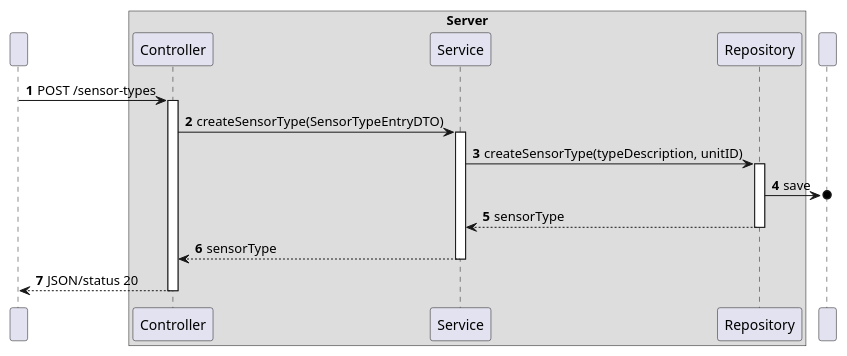
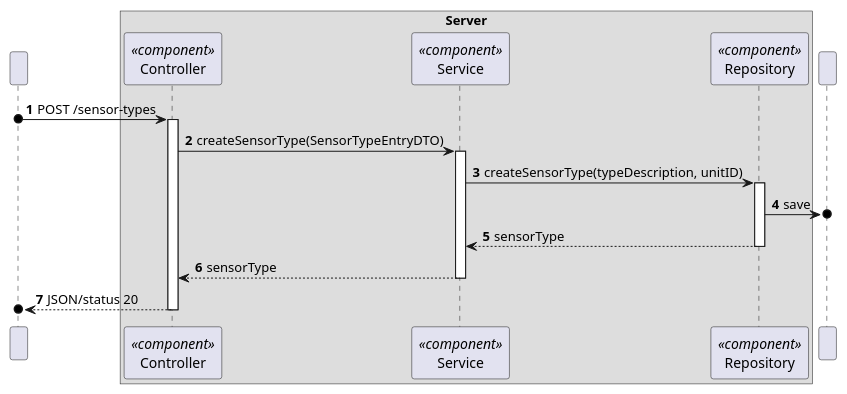
One commit to moutajDev/smarthome changed the diagram in docs/C4_4plus1_models/Level4/ProcessView/ProcessViewLevel4_UC04.puml. Above: the diagram before and after it, drawn with PlantUML. The commit also changed 46 other files, not shown here.

```diff
--- a/docs/C4_4plus1_models/Level4/ProcessView/ProcessViewLevel4_UC04.puml
+++ b/docs/C4_4plus1_models/Level4/ProcessView/ProcessViewLevel4_UC04.puml
@@ -1,40 +1,40 @@
 @startuml
 'https://plantuml.com/sequence-diagram
 !pragma layout smetana
 
 autonumber
 
 participant " " as HTTP
 
 box "Server"
-    participant "Controller" as CTRL
-    participant "Service" as SV
-    participant "Repository" as REPO
+    participant "Controller" as CTRL<<component>>
+    participant "Service" as SV<<component>>
+    participant "Repository" as REPO<<component>>
 end box
 
 participant " " as BD
 
 
-HTTP -> CTRL : POST /sensor-types
+HTTP o-> CTRL : POST /sensor-types
 activate CTRL
 CTRL -> SV : createSensorType(SensorTypeEntryDTO)
 
 activate SV
 
 SV -> REPO : createSensorType(typeDescription, unitID)
 activate REPO
 REPO ->o BD : save
 
 REPO --> SV : sensorType
 deactivate REPO
 
 SV --> CTRL : sensorType
 deactivate SV
 
 
-CTRL --> HTTP : JSON/status 20
+CTRL -->o HTTP : JSON/status 20
 deactivate CTRL
 
 
 
 @enduml
```
